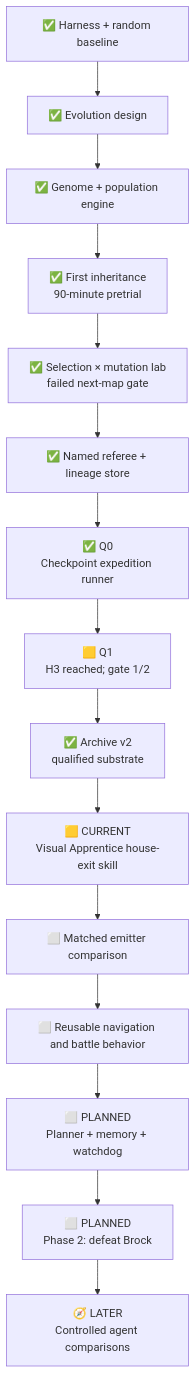
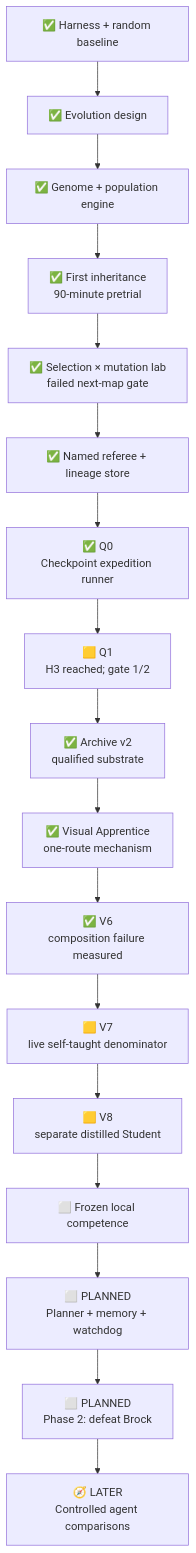
The diagram in docs/roadmap.md (PeteAndrews1289/pokemon-red-ai), drawn with Mermaid before and after one commit. The commit also changed other lines of this file and 32 other files, not shown here.

Commit message:
Build a bounded self-taught V8 student

````diff
--- a/docs/roadmap.md
+++ b/docs/roadmap.md
@@ -81,17 +112,19 @@
 ```mermaid
 flowchart TD
     P0["✅ Harness + random baseline"] --> EV0["✅ Evolution design"]
     EV0 --> EV1["✅ Genome + population engine"]
     EV1 --> PRE["✅ First inheritance<br/>90-minute pretrial"]
     PRE --> LAB["✅ Selection × mutation lab<br/>failed next-map gate"]
     LAB --> REF["✅ Named referee + lineage store"]
     REF --> P1["✅ Q0<br/>Checkpoint expedition runner"]
     P1 --> Q1["🟨 Q1<br/>H3 reached; gate 1/2"]
     Q1 --> SC["✅ Archive v2<br/>qualified substrate"]
-    SC --> VA["🟨 CURRENT<br/>Visual Apprentice house-exit skill"]
-    VA --> EM["⬜ Matched emitter comparison"]
-    EM --> SK["⬜ Reusable navigation and battle behavior"]
+    SC --> VA["✅ Visual Apprentice<br/>one-route mechanism"]
+    VA --> V6["✅ V6<br/>composition failure measured"]
+    V6 --> V7["🟨 V7<br/>live self-taught denominator"]
+    V7 --> V8["🟨 V8<br/>separate distilled Student"]
+    V8 --> SK["⬜ Frozen local competence"]
     SK --> HY["⬜ PLANNED<br/>Planner + memory + watchdog"]
     HY --> P2["⬜ PLANNED<br/>Phase 2: defeat Brock"]
     P2 --> AB["🧭 LATER<br/>Controlled agent comparisons"]
 ```
````
